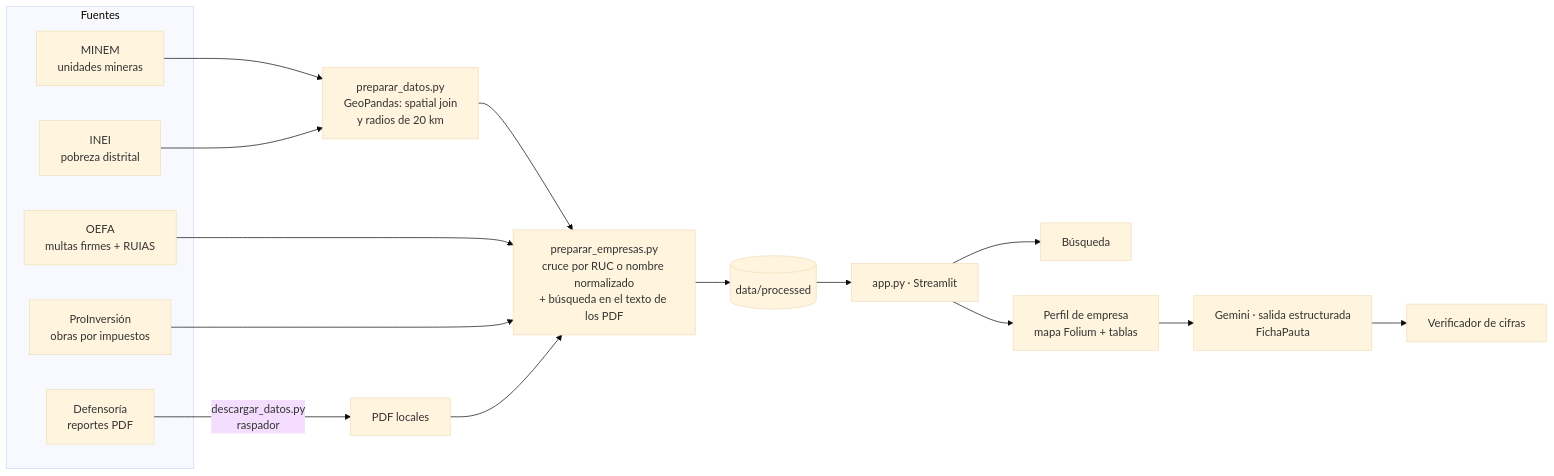
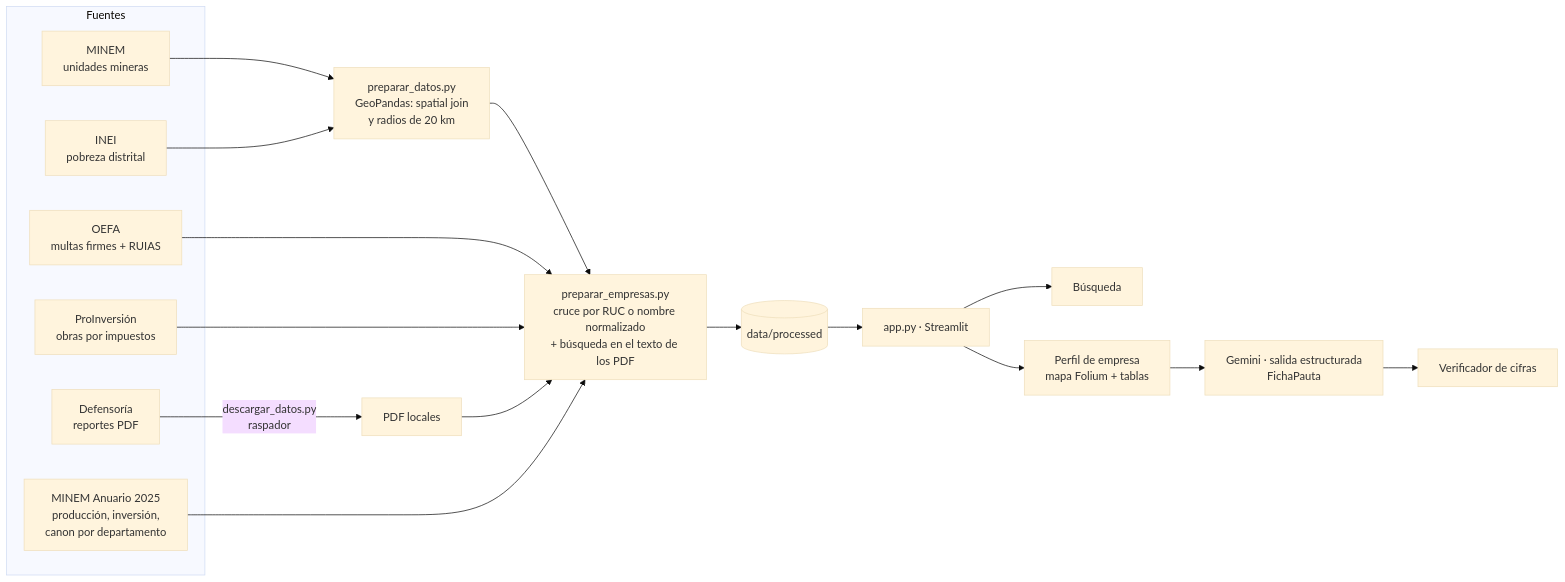
The diagram in trabajo_final/README.md (valeriavicentev/Python-intermedio), drawn with Mermaid (base theme) before and after one commit. The commit also changed other lines of this file and 19 other files, not shown here.

Commit message:
trabajo final: producción por empresa, inversión y canon del Anuario Minero 2025; filtro por mineral

````diff
--- a/trabajo_final/README.md
+++ b/trabajo_final/README.md
@@ -102,19 +104,20 @@
 ```mermaid
 flowchart LR
     subgraph Fuentes
       A[MINEM<br/>unidades mineras]
+      M[MINEM Anuario 2025<br/>producción, inversión,<br/>canon por departamento]
       B[INEI<br/>pobreza distrital]
       C[OEFA<br/>multas firmes + RUIAS]
       D[ProInversión<br/>obras por impuestos]
       E[Defensoría<br/>reportes PDF]
     end
     E -->|descargar_datos.py<br/>raspador| E2[PDF locales]
     A & B --> G[preparar_datos.py<br/>GeoPandas: spatial join<br/>y radios de 20 km]
-    G & C & D & E2 --> X[preparar_empresas.py<br/>cruce por RUC o nombre normalizado<br/>+ búsqueda en el texto de los PDF]
+    G & C & D & E2 & M --> X[preparar_empresas.py<br/>cruce por RUC o nombre normalizado<br/>+ búsqueda en el texto de los PDF]
     X --> P[(data/processed)]
     P --> APP[app.py · Streamlit]
     APP --> S[Búsqueda]
     APP --> F[Perfil de empresa<br/>mapa Folium + tablas]
     F --> L[Gemini · salida estructurada<br/>FichaPauta]
     L --> V[Verificador de cifras]
 ```
````
